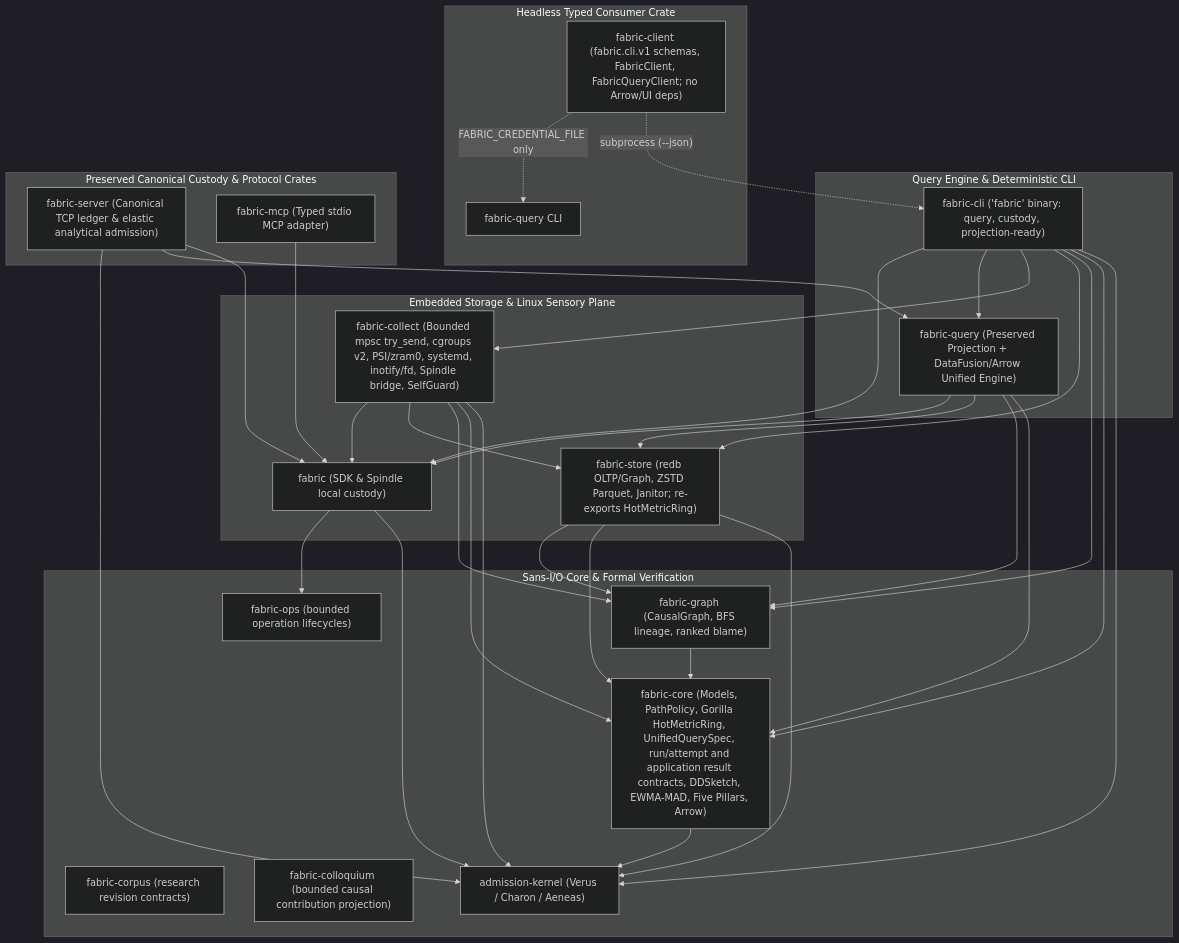
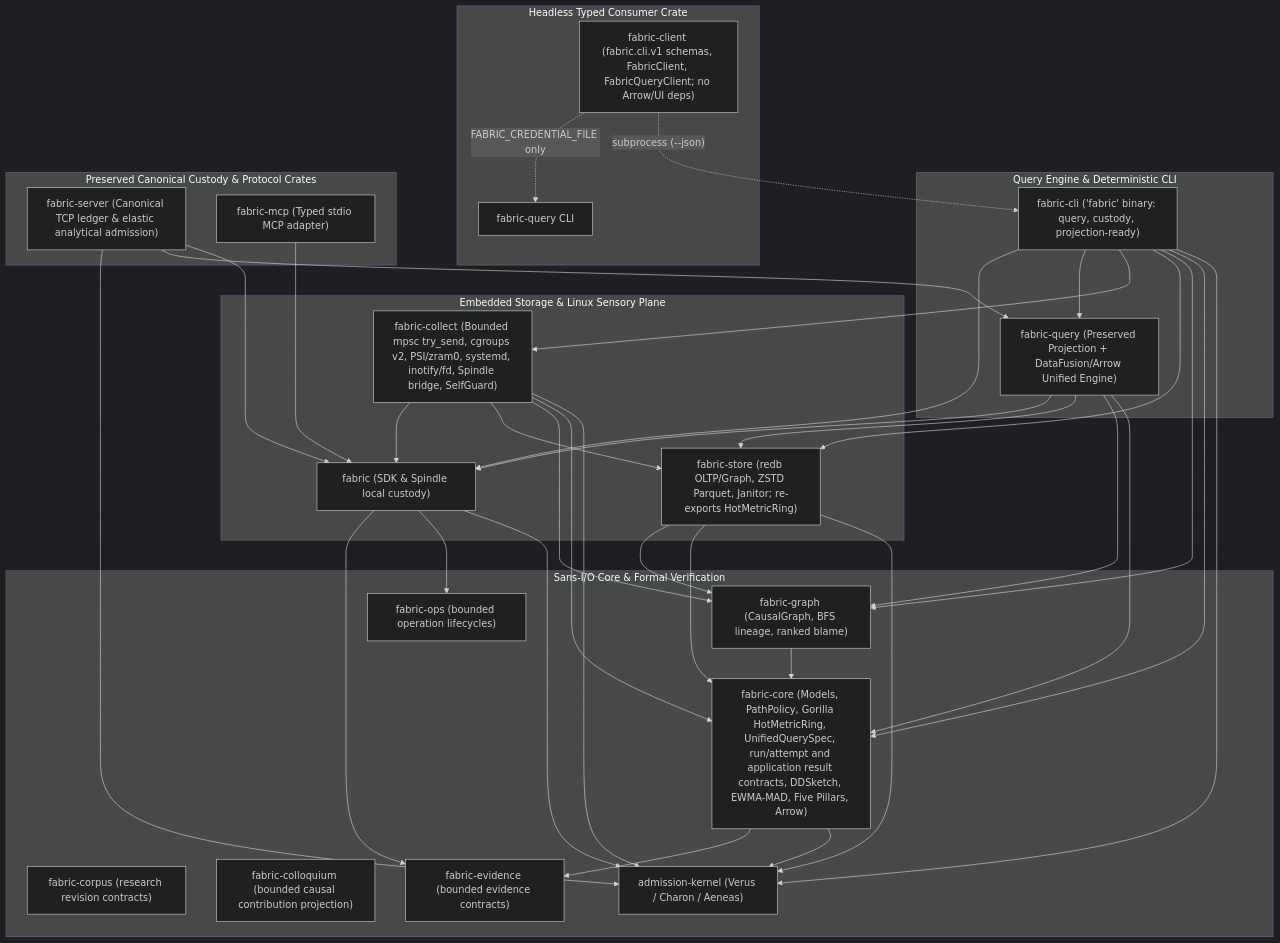
The first of 13 diagrams in docs/architecture.md (kmosoti/FabricO11y), drawn with Mermaid (dark theme) before and after one commit. The commit also changed other lines of this file and 15 other files, not shown here.

Commit message:
Extract lightweight evidence contracts

````diff
--- a/docs/architecture.md
+++ b/docs/architecture.md
@@ -9,60 +9,63 @@
 ```mermaid
 flowchart TD
     subgraph SansIO["Sans-I/O Core & Formal Verification"]
         CP["fabric-corpus (research revision contracts)"]
         CC["fabric-colloquium (bounded causal contribution projection)"]
         OPS["fabric-ops (bounded operation lifecycles)"]
+        EVID["fabric-evidence (bounded evidence contracts)"]
         AK["admission-kernel (Verus / Charon / Aeneas)"]
         FC["fabric-core (Models, PathPolicy, Gorilla HotMetricRing, UnifiedQuerySpec, run/attempt and application result contracts, DDSketch, EWMA-MAD, Five Pillars, Arrow)"]
         FG["fabric-graph (CausalGraph, BFS lineage, ranked blame)"]
         FC --> AK
+        FC --> EVID
         FG --> FC
     end
 
     subgraph StorageAndCollection["Embedded Storage & Linux Sensory Plane"]
         FS["fabric-store (redb OLTP/Graph, ZSTD Parquet, Janitor; re-exports HotMetricRing)"]
         COL["fabric-collect (Bounded mpsc try_send, cgroups v2, PSI/zram0, systemd, inotify/fd, Spindle bridge, SelfGuard)"]
         FS --> AK
         FS --> FC
         FS --> FG
         COL --> AK
         COL --> FC
         COL --> FG
         COL --> FS
         COL --> FAB
     end
 
     subgraph QueryAndCLI["Query Engine & Deterministic CLI"]
         FQ["fabric-query (Preserved Projection + DataFusion/Arrow Unified Engine)"]
         CLI["fabric-cli ('fabric' binary: query, custody, projection-ready)"]
         FQ --> FC
         FQ --> FG
         FQ --> FS
         FQ --> FAB
         CLI --> AK
         CLI --> FC
         CLI --> FG
         CLI --> FS
         CLI --> COL
         CLI --> FQ
         CLI --> FAB
     end
 
     subgraph HeadlessClient["Headless Typed Consumer Crate"]
         FCL["fabric-client (fabric.cli.v1 schemas, FabricClient, FabricQueryClient; no Arrow/UI deps)"]
         FCL -. "subprocess (--json)" .-> CLI
         FCL -. "FABRIC_CREDENTIAL_FILE only" .-> FQBIN["fabric-query CLI"]
     end
 
     subgraph PreservedCustody["Preserved Canonical Custody & Protocol Crates"]
         FAB["fabric (SDK & Spindle local custody)"]
         SRV["fabric-server (Canonical TCP ledger & elastic analytical admission)"]
         MCP["fabric-mcp (Typed stdio MCP adapter)"]
         FAB --> AK
         FAB --> OPS
+        FAB --> EVID
         SRV --> FAB
         SRV --> FQ
         SRV --> AK
         MCP --> FAB
     end
 ```
````
